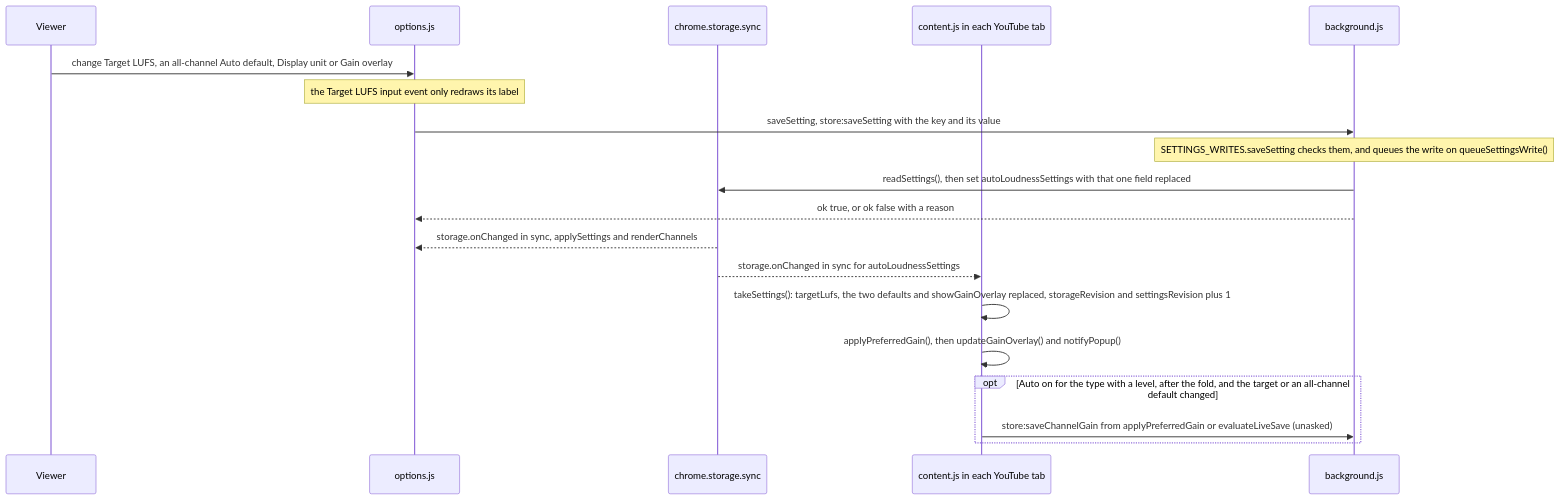
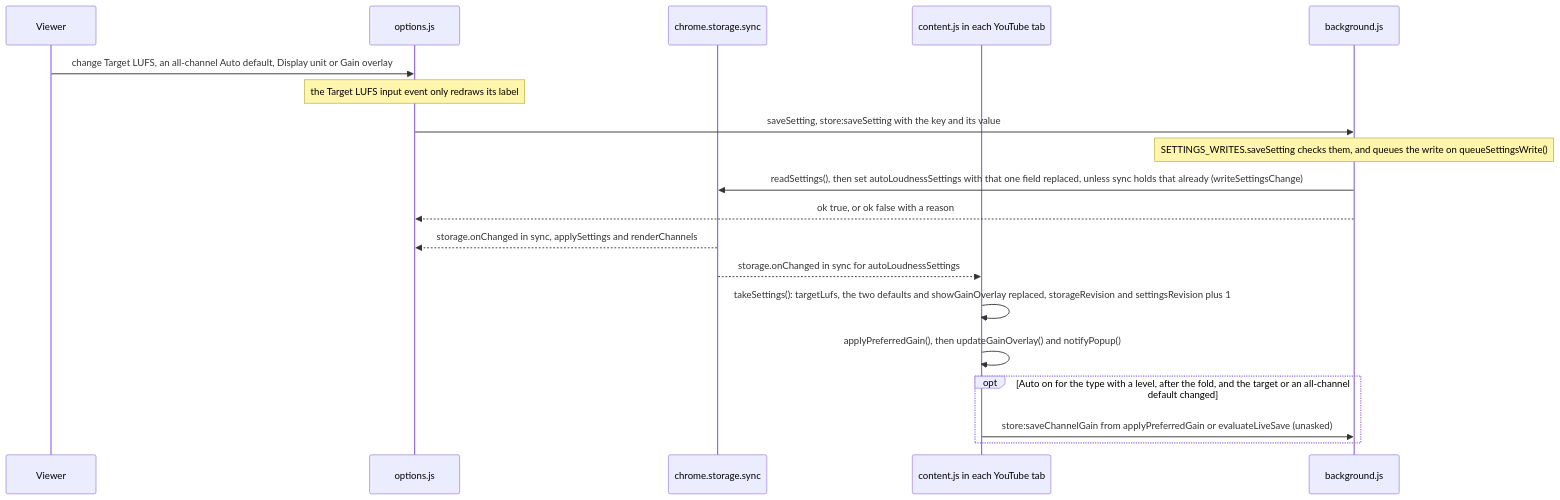
Before and after one commit to semnil/yt-channel-volume: diagram 13 of 14 in docs/gain-change-and-save.md, drawn with Mermaid. The commit also changed other lines of this file and 6 other files, not shown here.

First line of the commit message:
refactor: write the settings through core/common.js, leaving out a write sync holds

````diff
--- a/docs/gain-change-and-save.md
+++ b/docs/gain-change-and-save.md
@@ -633,21 +633,21 @@
 ```mermaid
 sequenceDiagram
   participant V as Viewer
   participant O as options.js
   participant S as chrome.storage.sync
   participant C as content.js in each YouTube tab
   participant W as background.js
   V->>O: change Target LUFS, an all-channel Auto default, Display unit or Gain overlay
   Note over O: the Target LUFS input event only redraws its label
   O->>W: saveSetting, store:saveSetting with the key and its value
   Note over W: SETTINGS_WRITES.saveSetting checks them, and queues the write on queueSettingsWrite()
-  W->>S: readSettings(), then set autoLoudnessSettings with that one field replaced
+  W->>S: readSettings(), then set autoLoudnessSettings with that one field replaced, unless sync holds that already (writeSettingsChange)
   W-->>O: ok true, or ok false with a reason
   S-->>O: storage.onChanged in sync, applySettings and renderChannels
   S-->>C: storage.onChanged in sync for autoLoudnessSettings
   C->>C: takeSettings(): targetLufs, the two defaults and showGainOverlay replaced, storageRevision and settingsRevision plus 1
   C->>C: applyPreferredGain(), then updateGainOverlay() and notifyPopup()
   opt Auto on for the type with a level, after the fold, and the target or an all-channel default changed
     C->>W: store:saveChannelGain from applyPreferredGain or evaluateLiveSave (unasked)
   end
 ```
````
